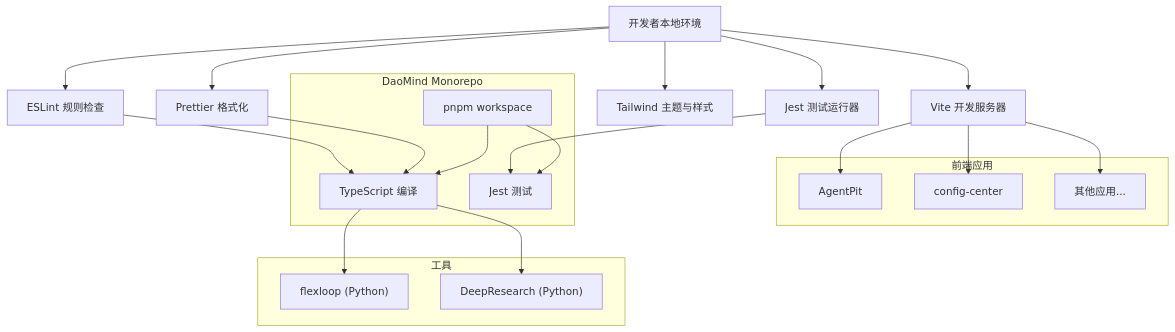
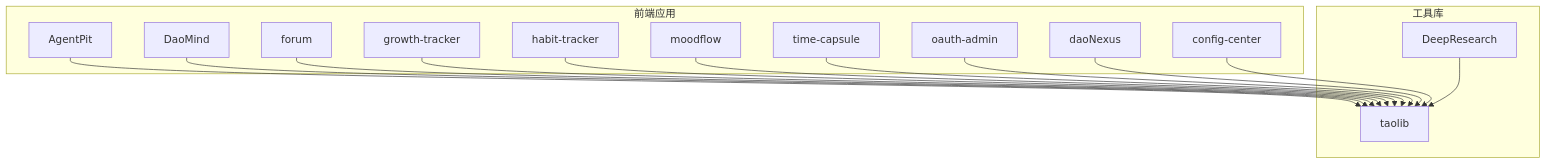
One commit to daoApps/daoApps changed the second of 7 diagrams in .qoder/repowiki/zh/content/开发者指南/开发者指南.md. Above: the diagram before and after it, drawn with Mermaid. The commit also changed other lines of this file and 205 other files, not shown here.

````diff
--- a/.qoder/repowiki/zh/content/开发者指南/开发者指南.md
+++ b/.qoder/repowiki/zh/content/开发者指南/开发者指南.md
@@ -122,38 +111,30 @@
 ```mermaid
 graph TB
-Dev["开发者本地环境"]
-Vite["Vite 开发服务器"]
-ESLint["ESLint 规则检查"]
-Prettier["Prettier 格式化"]
-Jest["Jest 测试运行器"]
-Tailwind["Tailwind 主题与样式"]
 subgraph "前端应用"
 AP["AgentPit"]
+DM["DaoMind"]
+FOR["forum"]
+GT["growth-tracker"]
+HT["habit-tracker"]
+MF["moodflow"]
+TC["time-capsule"]
+OA["oauth-admin"]
+NX["daoNexus"]
 CC["config-center"]
-Others["其他应用..."]
 end
-subgraph "DaoMind Monorepo"
-DM_WS["pnpm workspace"]
-DM_TS["TypeScript 编译"]
-DM_Jest["Jest 测试"]
+subgraph "工具库"
+TAOLIB["taolib"]
+DR["DeepResearch"]
 end
-subgraph "工具"
-FL["flexloop (Python)"]
-DR["DeepResearch (Python)"]
-end
-Dev --> Vite
-Dev --> ESLint
-Dev --> Prettier
-Dev --> Jest
-Dev --> Tailwind
-Vite --> AP
-Vite --> CC
-Vite --> Others
-ESLint --> DM_TS
-Prettier --> DM_TS
-Jest --> DM_Jest
-DM_WS --> DM_TS
-DM_WS --> DM_Jest
-DM_TS --> FL
-DM_TS --> DR
+AP --> TAOLIB
+DM --> TAOLIB
+FOR --> TAOLIB
+GT --> TAOLIB
+HT --> TAOLIB
+MF --> TAOLIB
+TC --> TAOLIB
+OA --> TAOLIB
+NX --> TAOLIB
+CC --> TAOLIB
+DR --> TAOLIB
 ```
````
